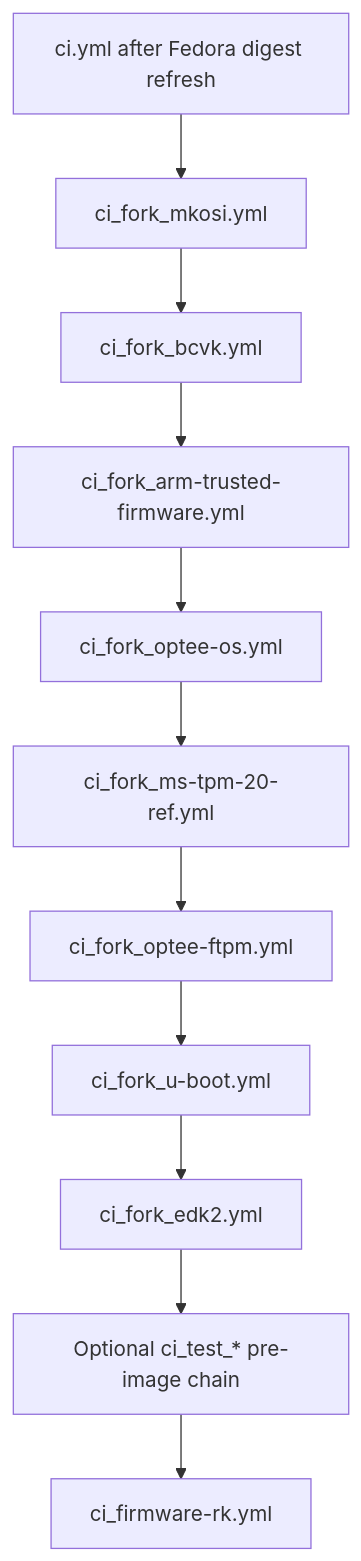
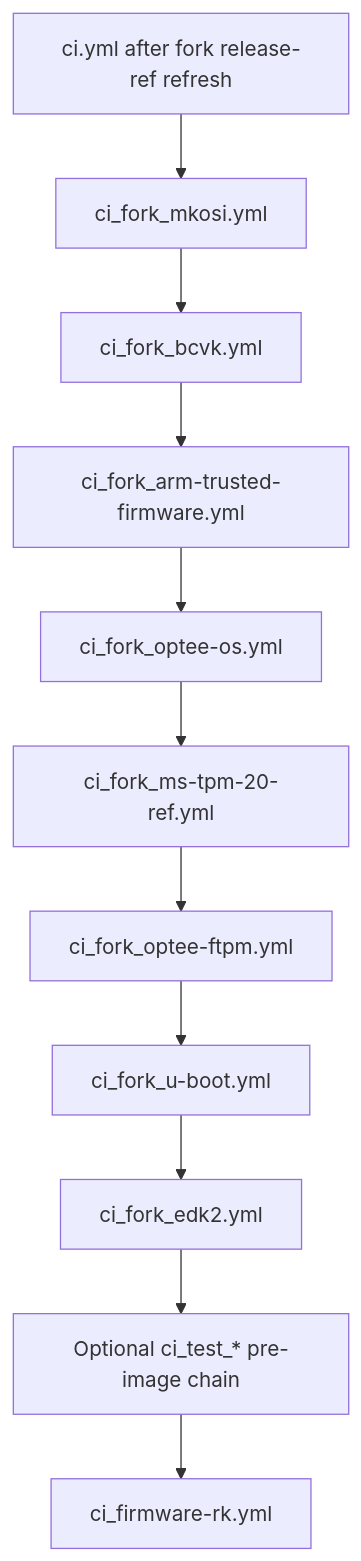
The fifth of 8 diagrams in CI_MAP.md (corning-croak-cable/yubiOS), drawn with Mermaid before and after one commit. The commit also changed other lines of this file and 23 other files, not shown here.

Commit message:
Refresh released fork refs after repository re-forks

````diff
--- a/CI_MAP.md
+++ b/CI_MAP.md
@@ -191,16 +192,16 @@
 ```mermaid
 flowchart TD
-    start["ci.yml after Fedora digest refresh"]
+    start["ci.yml after fork release-ref refresh"]
     mkosi["ci_fork_mkosi.yml"]
     bcvk["ci_fork_bcvk.yml"]
     tfa["ci_fork_arm-trusted-firmware.yml"]
     optee["ci_fork_optee-os.yml"]
     ms["ci_fork_ms-tpm-20-ref.yml"]
     ftpm["ci_fork_optee-ftpm.yml"]
     uboot["ci_fork_u-boot.yml"]
     edk2["ci_fork_edk2.yml"]
     tests["Optional ci_test_* pre-image chain"]
     firmware["ci_firmware-rk.yml"]
 
     start --> mkosi --> bcvk --> tfa --> optee --> ms --> ftpm --> uboot --> edk2 --> tests --> firmware
 ```
````
